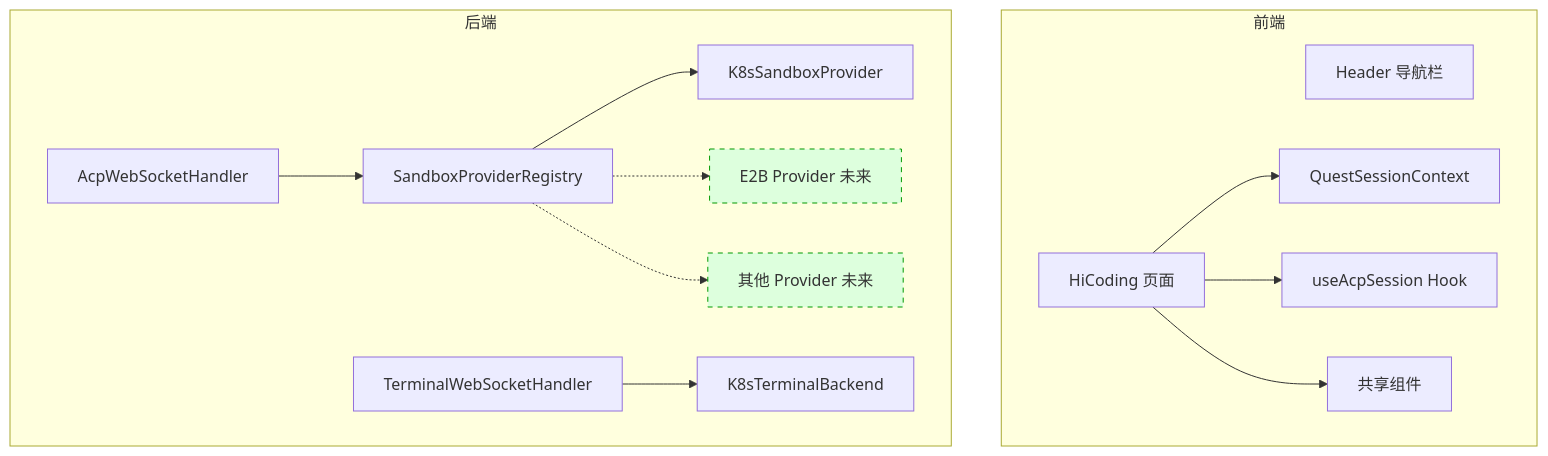
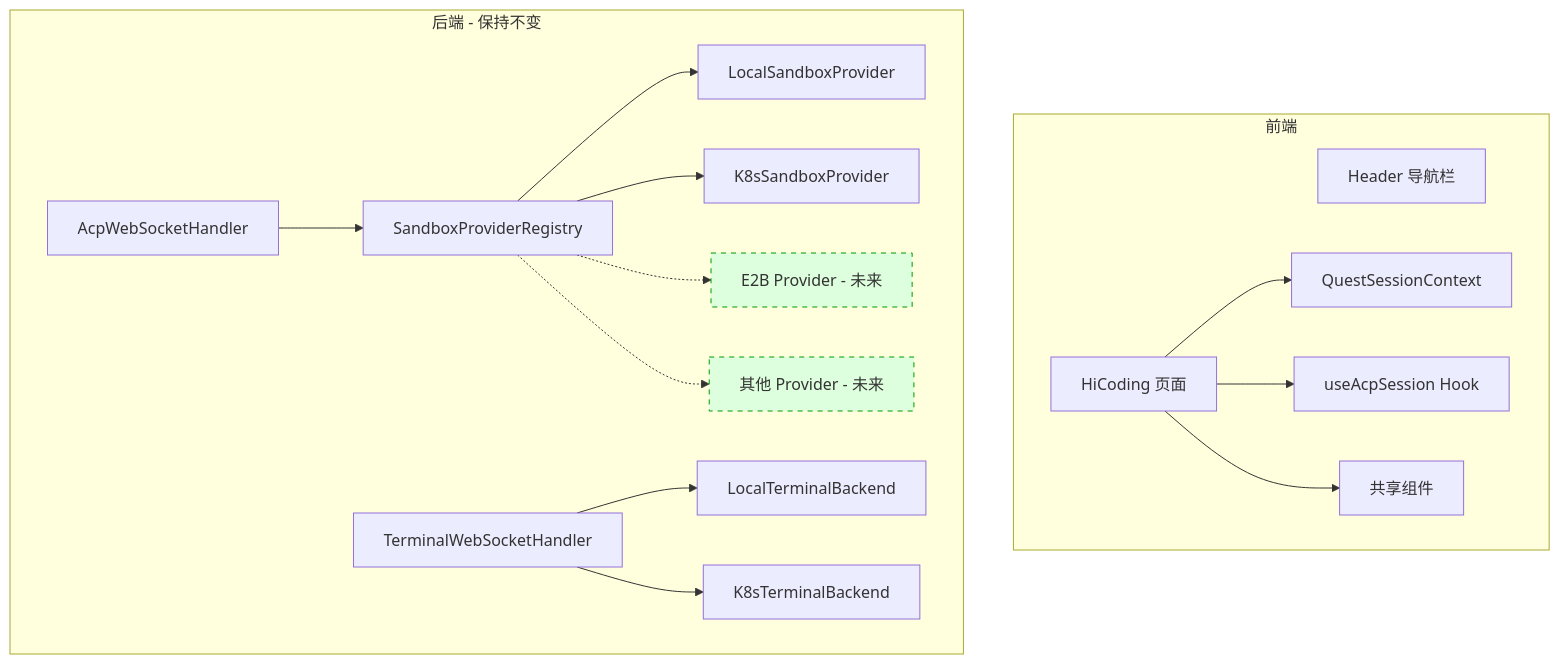
Before and after one commit to higress-group/himarket: the second of 3 diagrams in .kiro/specs/poc-code-cleanup/design.md, drawn with Mermaid. The commit also changed other lines of this file and 34 other files, not shown here.

First line of the commit message:
refactor(frontend): Remove HiCli POC module and migrate shared components

````diff
--- a/.kiro/specs/poc-code-cleanup/design.md
+++ b/.kiro/specs/poc-code-cleanup/design.md
@@ -58,26 +56,28 @@
 ```mermaid
 graph TD
-    subgraph 前端
-        Header[Header 导航栏]
-        CodingPage[HiCoding 页面]
+    subgraph FE2["前端"]
+        Header2["Header 导航栏"]
+        CodingPage2["HiCoding 页面"]
         
-        CodingPage --> QuestCtx[QuestSessionContext]
-        CodingPage --> useAcpSession[useAcpSession Hook]
-        CodingPage --> SharedComponents[共享组件]
+        CodingPage2 --> QuestCtx2["QuestSessionContext"]
+        CodingPage2 --> useAcpSession2["useAcpSession Hook"]
+        CodingPage2 --> SharedComponents2["共享组件"]
     end
     
-    subgraph 后端
-        AcpWsHandler[AcpWebSocketHandler]
-        TerminalWsHandler[TerminalWebSocketHandler]
+    subgraph BE2["后端 - 保持不变"]
+        AcpWsHandler2["AcpWebSocketHandler"]
+        TerminalWsHandler2["TerminalWebSocketHandler"]
         
-        AcpWsHandler --> SandboxRegistry[SandboxProviderRegistry]
-        SandboxRegistry --> K8sProvider[K8sSandboxProvider]
-        SandboxRegistry -.-> FutureE2B[E2B Provider 未来]
-        SandboxRegistry -.-> FutureOther[其他 Provider 未来]
+        AcpWsHandler2 --> SandboxRegistry2["SandboxProviderRegistry"]
+        SandboxRegistry2 --> LocalProvider2["LocalSandboxProvider"]
+        SandboxRegistry2 --> K8sProvider2["K8sSandboxProvider"]
+        SandboxRegistry2 -.-> FutureE2B["E2B Provider - 未来"]
+        SandboxRegistry2 -.-> FutureOther["其他 Provider - 未来"]
         
-        TerminalWsHandler --> K8sTerminal[K8sTerminalBackend]
+        TerminalWsHandler2 --> LocalTerminal2["LocalTerminalBackend"]
+        TerminalWsHandler2 --> K8sTerminal2["K8sTerminalBackend"]
     end
     
     style FutureE2B fill:#dfd,stroke:#090,stroke-dasharray: 5 5
     style FutureOther fill:#dfd,stroke:#090,stroke-dasharray: 5 5
 ```
````
